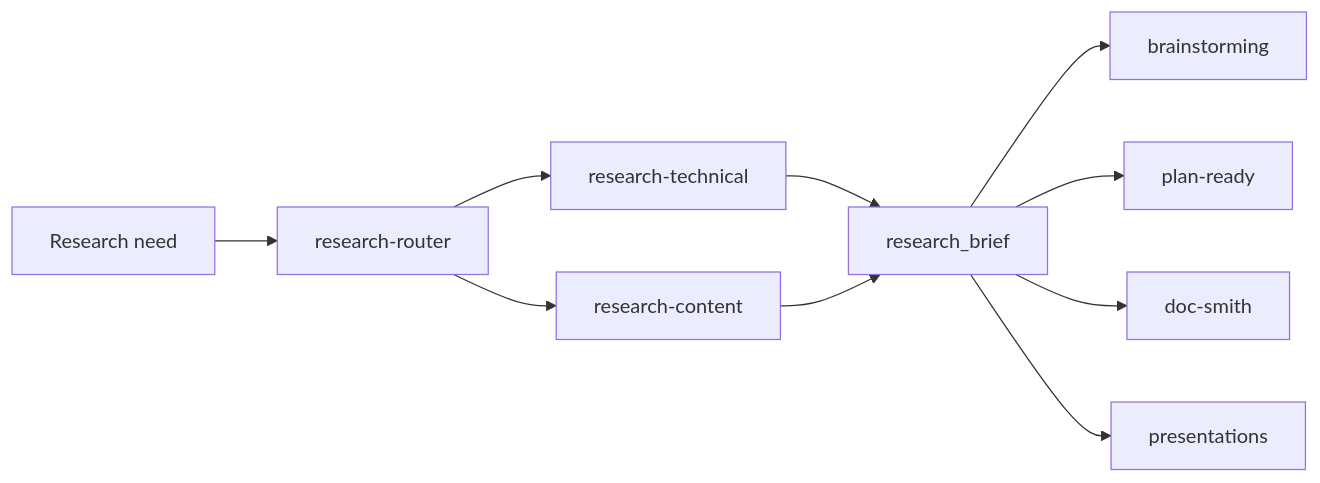
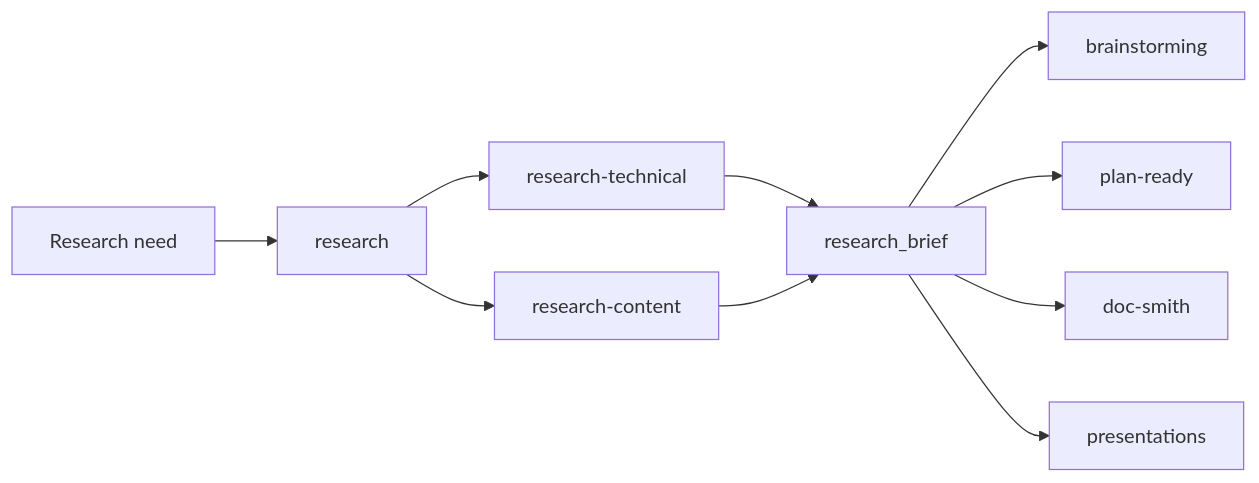
One commit to renehernandez/ai changed the diagram in docs/plans/research-skill-family.md. Above: the diagram before and after it, drawn with Mermaid. The commit also changed other lines of this file and 7 other files, not shown here.

Commit message:
Rename research router skill

````diff
--- a/docs/plans/research-skill-family.md
+++ b/docs/plans/research-skill-family.md
@@ -35,12 +35,12 @@
 ```mermaid
 flowchart LR
-  request[Research need] --> router[research-router]
+  request[Research need] --> router[research]
   router --> technical[research-technical]
   router --> content[research-content]
   technical --> brief[research_brief]
   content --> brief
   brief --> brainstorming[brainstorming]
   brief --> planReady[plan-ready]
   brief --> docSmith[doc-smith]
   brief --> presentations[presentations]
 ```
````
